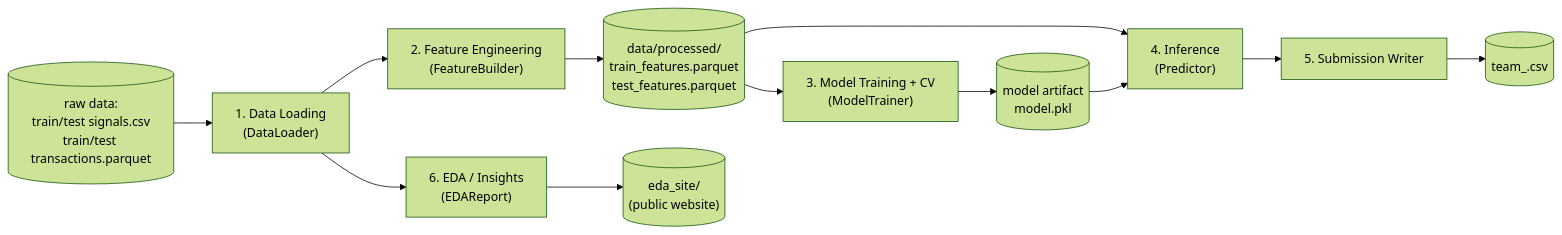
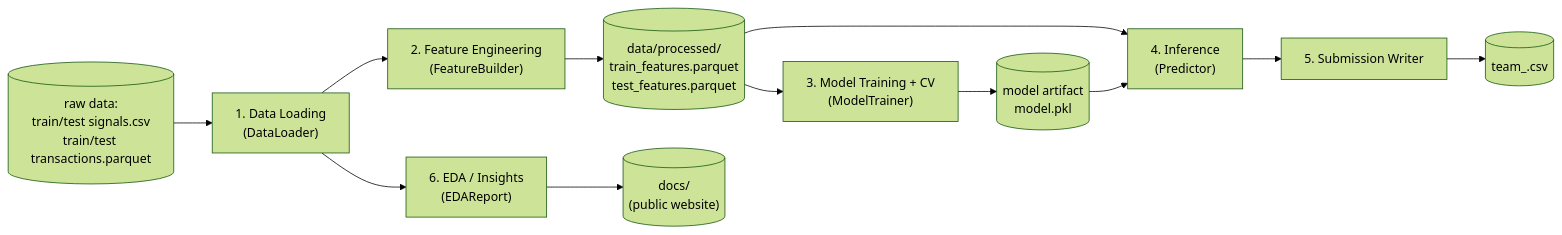
The first of 2 diagrams in ARCHITECTURE.md (alimboyevjayxun007/financial-sector-monitoring), drawn with Mermaid (forest theme) before and after one commit. The commit also changed other lines of this file and 15 other files, not shown here.

````diff
--- a/ARCHITECTURE.md
+++ b/ARCHITECTURE.md
@@ -52,14 +52,14 @@
 ```mermaid
 flowchart LR
     A[("raw data:\ntrain/test signals.csv\ntrain/test transactions.parquet")] --> B["1. Data Loading\n(DataLoader)"]
     B --> C["2. Feature Engineering\n(FeatureBuilder)"]
     C --> D[("data/processed/\ntrain_features.parquet\ntest_features.parquet")]
     D --> E["3. Model Training + CV\n(ModelTrainer)"]
     E --> F[("model artifact\nmodel.pkl")]
     D --> G["4. Inference\n(Predictor)"]
     F --> G
     G --> H["5. Submission Writer"]
     H --> I[("team_<TEAM_ID>.csv")]
     B --> J["6. EDA / Insights\n(EDAReport)"]
-    J --> K[("eda_site/\n(public website)")]
+    J --> K[("docs/\n(public website)")]
 ```
````
